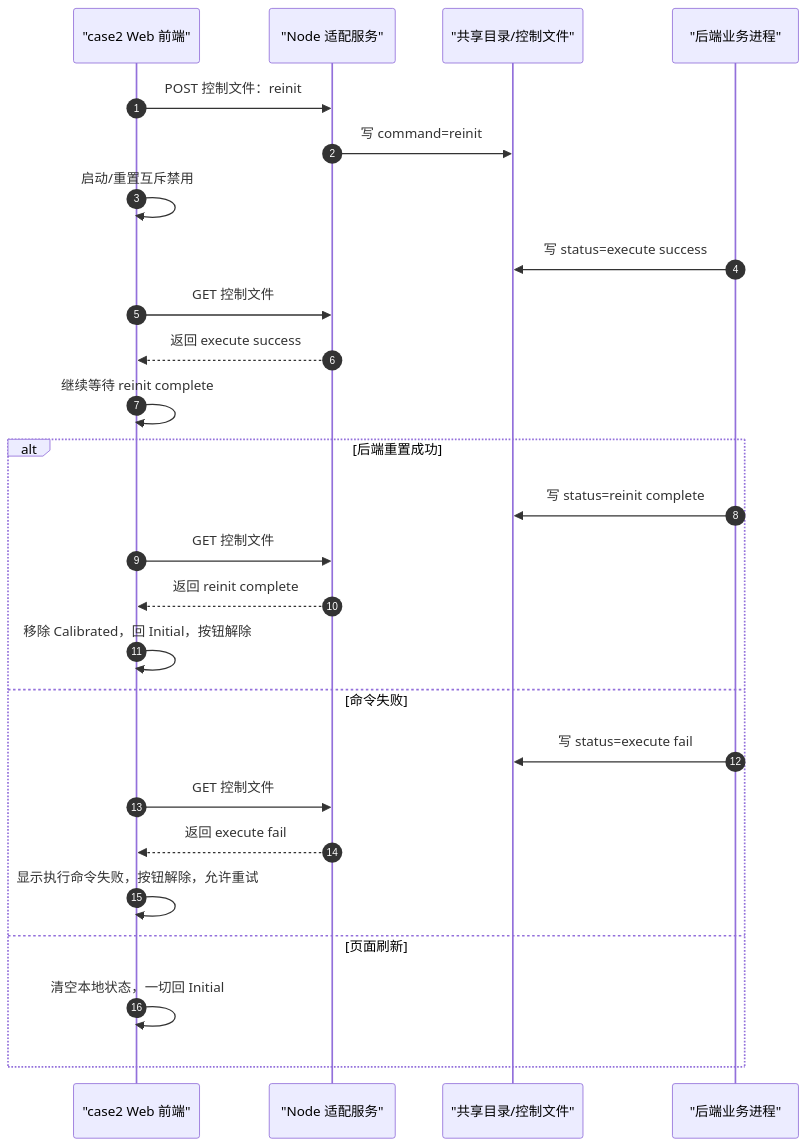
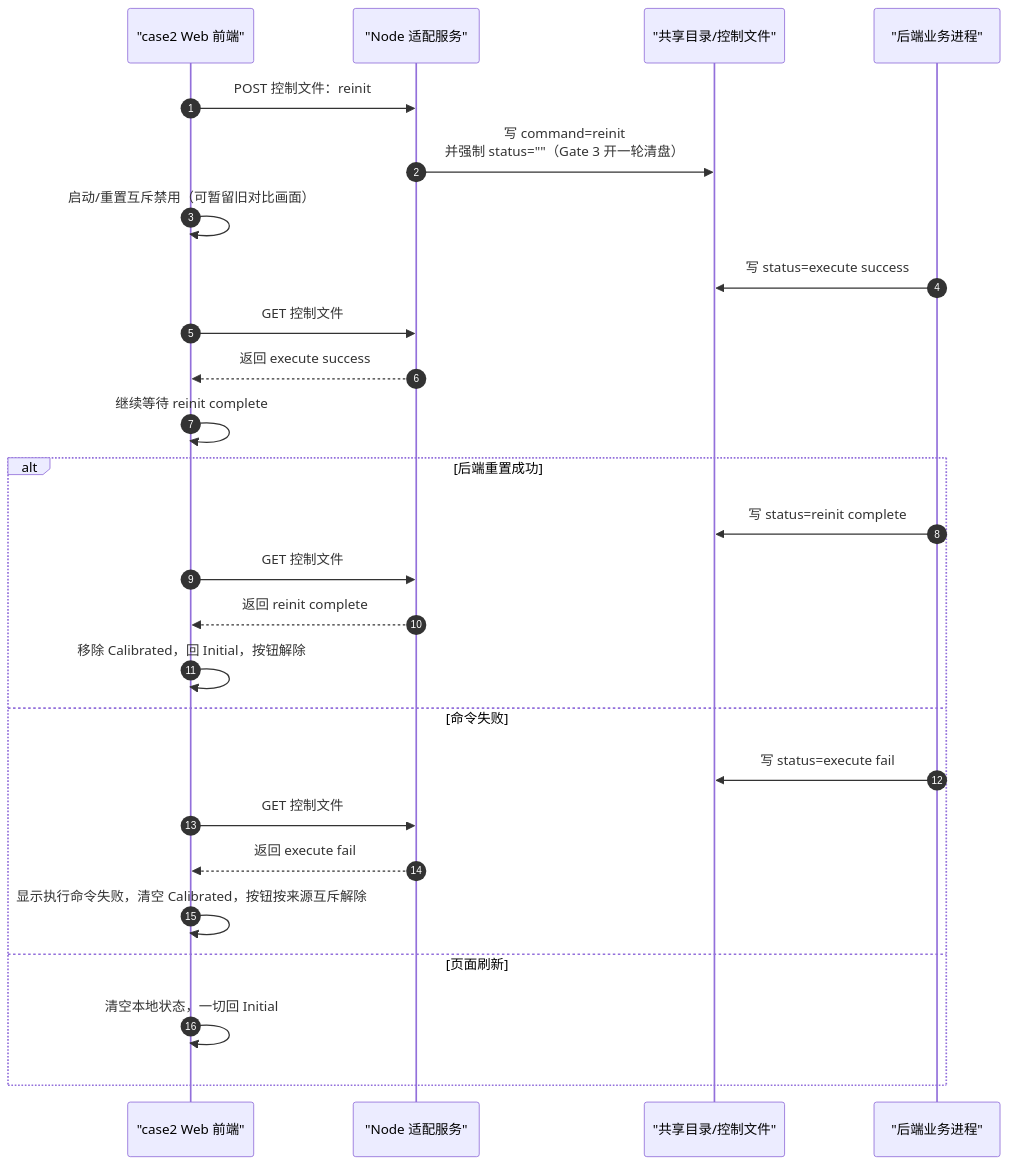
One commit to JackweiStud/2030-DT changed the second of 3 diagrams in doc/case2/API-CONTRACT.md. Above: the diagram before and after it, drawn with Mermaid. The commit also changed other lines of this file and 16 other files, not shown here.

````diff
--- a/doc/case2/API-CONTRACT.md
+++ b/doc/case2/API-CONTRACT.md
@@ -78,29 +78,29 @@
 ```mermaid
 sequenceDiagram
   autonumber
   participant Web as "case2 Web 前端"
   participant Node as "Node 适配服务"
   participant Shared as "共享目录/控制文件"
   participant Backend as "后端业务进程"
 
   Web->>Node: POST 控制文件：reinit
-  Node->>Shared: 写 command=reinit
-  Web->>Web: 启动/重置互斥禁用
+  Node->>Shared: 写 command=reinit<br/>并强制 status=""（Gate 3 开一轮清盘）
+  Web->>Web: 启动/重置互斥禁用（可暂留旧对比画面）
   Backend->>Shared: 写 status=execute success
   Web->>Node: GET 控制文件
   Node-->>Web: 返回 execute success
   Web->>Web: 继续等待 reinit complete
   alt 后端重置成功
     Backend->>Shared: 写 status=reinit complete
     Web->>Node: GET 控制文件
     Node-->>Web: 返回 reinit complete
     Web->>Web: 移除 Calibrated，回 Initial，按钮解除
   else 命令失败
     Backend->>Shared: 写 status=execute fail
     Web->>Node: GET 控制文件
     Node-->>Web: 返回 execute fail
-    Web->>Web: 显示执行命令失败，按钮解除，允许重试
+    Web->>Web: 显示执行命令失败，清空 Calibrated，按钮按来源互斥解除
   else 页面刷新
     Web->>Web: 清空本地状态，一切回 Initial
   end
 ```
````
